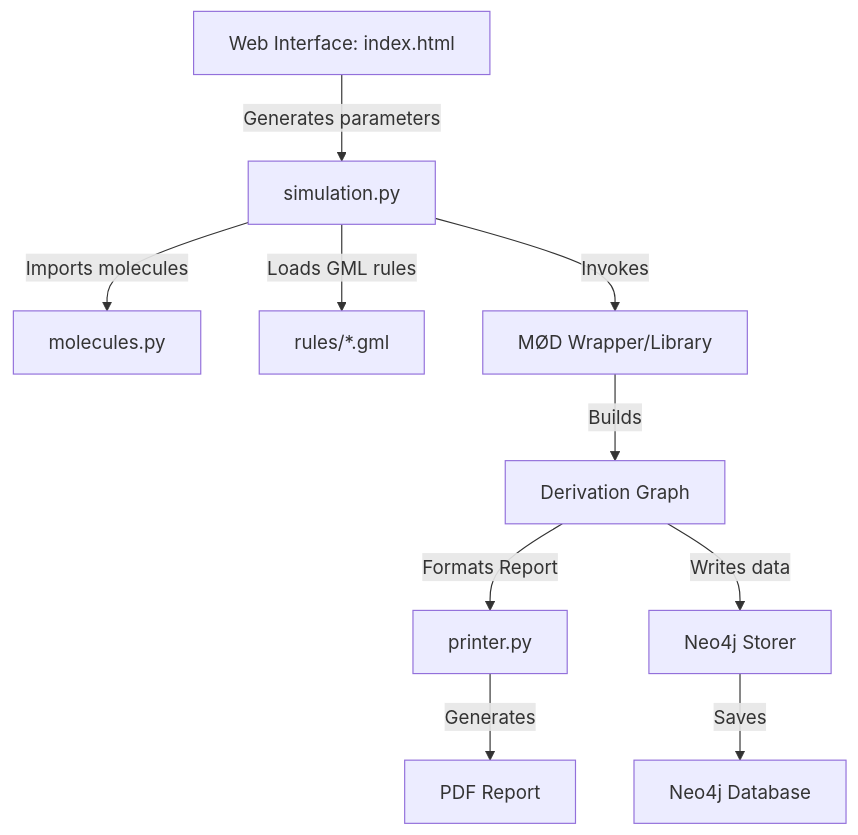
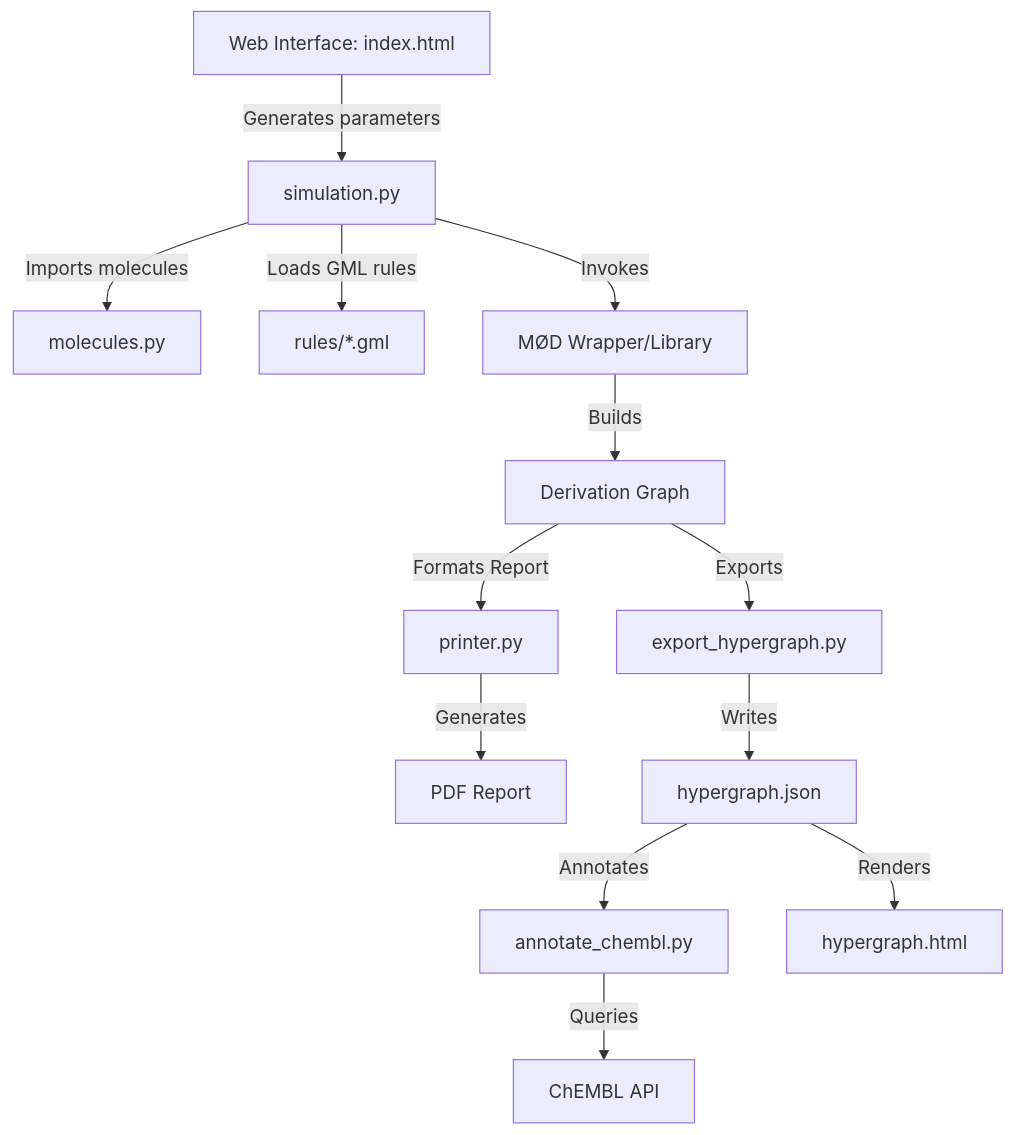
Before and after one commit to waldeyr/2PathTerpenes: the diagram in README.md, drawn with Mermaid. The commit also changed other lines of this file and 4 other files, not shown here.

````diff
--- a/README.md
+++ b/README.md
@@ -25,12 +25,15 @@
 ```mermaid
 graph TD
     UI[Web Interface: index.html] -->|Generates parameters| SimPy[simulation.py]
     SimPy -->|Imports molecules| MolPy[molecules.py]
     SimPy -->|Loads GML rules| RulesGML[rules/*.gml]
     SimPy -->|Invokes| MOD[MØD Wrapper/Library]
     MOD -->|Builds| DG[Derivation Graph]
     DG -->|Formats Report| PrintPy[printer.py]
     PrintPy -->|Generates| PDF[PDF Report]
-    DG -->|Writes data| Neo4jStore[Neo4j Storer]
-    Neo4jStore -->|Saves| Neo4j[Neo4j Database]
+    DG -->|Exports| ExportPy[export_hypergraph.py]
+    ExportPy -->|Writes| HGJSON[hypergraph.json]
+    HGJSON -->|Annotates| AnnotatePy[annotate_chembl.py]
+    AnnotatePy -->|Queries| ChEMBL[ChEMBL API]
+    HGJSON -->|Renders| HGHTML[hypergraph.html]
 ```
````
